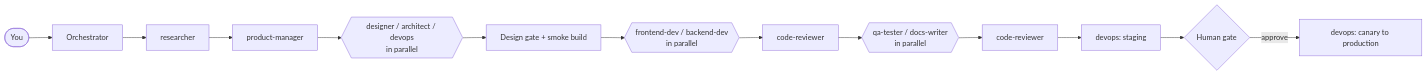
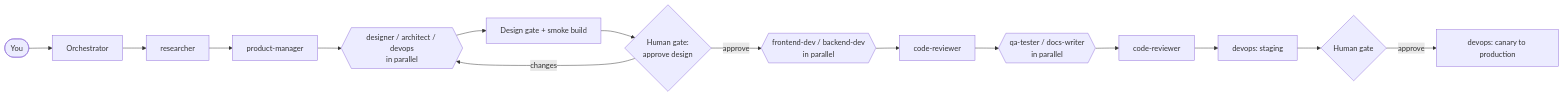
One commit to Axebee-Security-Platforms/muffy changed the diagram in README.md. Above: the diagram before and after it, drawn with Mermaid. The commit also changed other lines of this file and 8 other files, not shown here.

First line of the commit message:
feat: human approval gate after design (pause:design-review)

````diff
--- a/README.md
+++ b/README.md
@@ -68,15 +68,17 @@
 ```mermaid
 flowchart LR
   U([You]) --> O[Orchestrator]
   O --> R[researcher]
   R --> PM[product-manager]
   PM --> P{{designer / architect / devops<br/>in parallel}}
   P --> G[Design gate + smoke build]
-  G --> B{{frontend-dev / backend-dev<br/>in parallel}}
+  G --> DH{Human gate:<br/>approve design}
+  DH -->|changes| P
+  DH -->|approve| B{{frontend-dev / backend-dev<br/>in parallel}}
   B --> RV[code-reviewer]
   RV --> Q{{qa-tester / docs-writer<br/>in parallel}}
   Q --> RV2[code-reviewer]
   RV2 --> S[devops: staging]
   S --> H{Human gate}
   H -->|approve| D[devops: canary to production]
 ```
````
